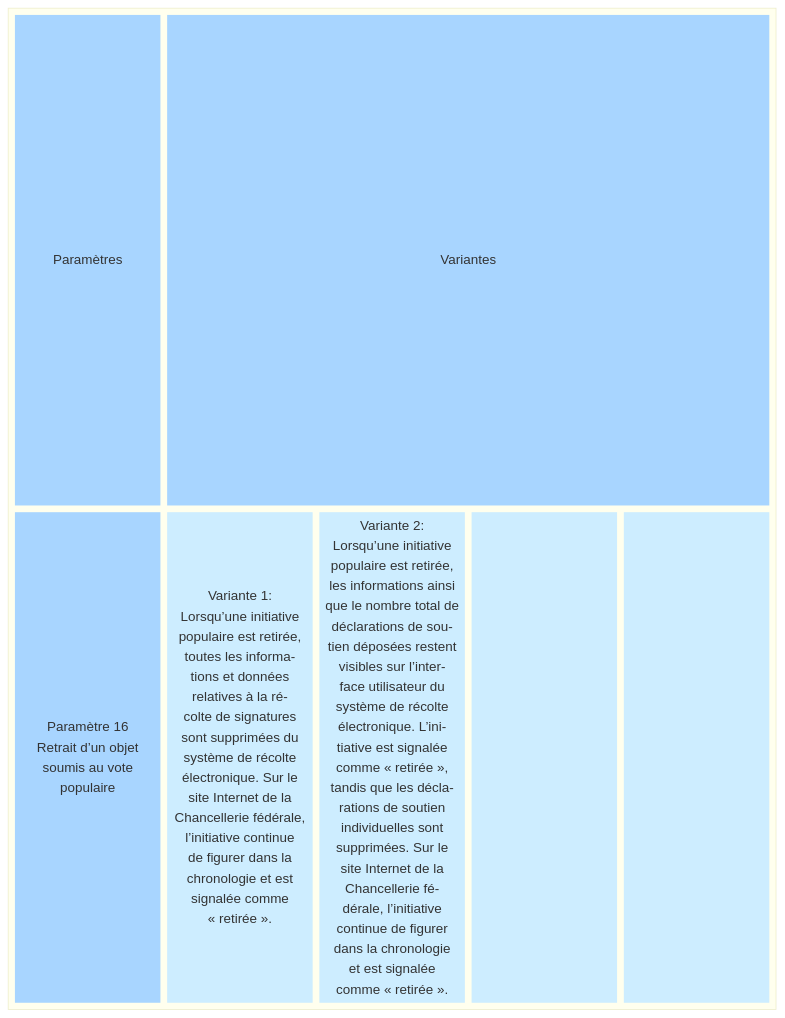
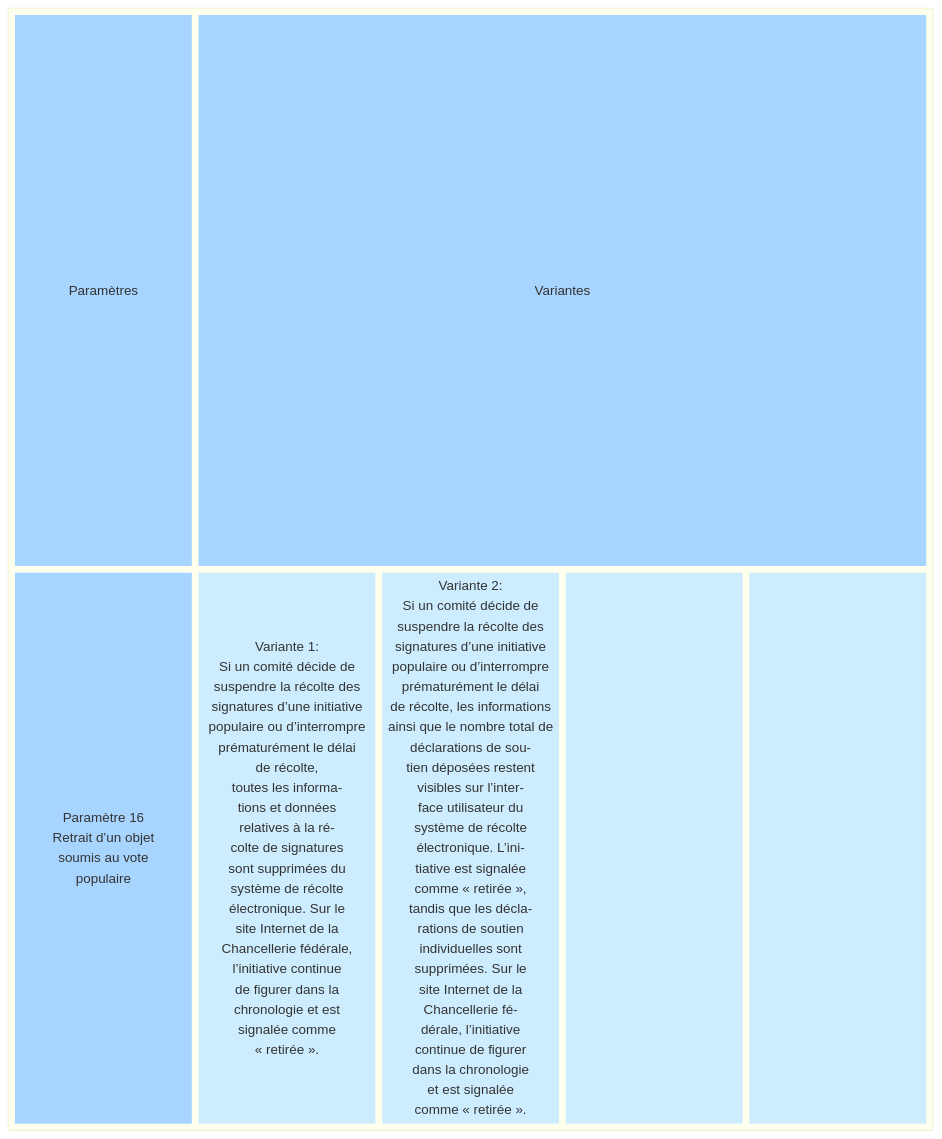
The first of 2 diagrams in docs/morphological-box/parameter-16.md (swiss/e-collecting), drawn with Mermaid before and after one commit. The commit also changed other lines of this file, not shown here.

````diff
--- a/docs/morphological-box/parameter-16.md
+++ b/docs/morphological-box/parameter-16.md
@@ -21,62 +19,69 @@
 ```mermaid
 block
   block
     columns 5
     t1["Paramètres"]
     t2["Variantes"]:4
     d["Paramètre 16
     Retrait d’un objet
     soumis au vote
     populaire"]
     a1["Variante 1:
-    Lorsqu’une initiative
-    populaire est retirée,
+    Si un comité décide de
+    suspendre la récolte des
+    signatures d’une initiative
+    populaire ou d’interrompre
+    prématurément le délai
+    de récolte,
     toutes les informa-
     tions et données 
     relatives à la ré-
     colte de signatures
     sont supprimées du
     système de récolte
     électronique. Sur le
     site Internet de la
     Chancellerie fédérale,
     l’initiative continue
     de figurer dans la
     chronologie et est
     signalée comme 
     « retirée »."]
     a2["Variante 2:
-    Lorsqu’une initiative
-    populaire est retirée,
-    les informations ainsi
-    que le nombre total de
+    Si un comité décide de
+    suspendre la récolte des
+    signatures d’une initiative
+    populaire ou d’interrompre
+    prématurément le délai
+    de récolte, les informations
+    ainsi que le nombre total de
     déclarations de sou-
     tien déposées restent
     visibles sur l’inter-
     face utilisateur du 
     système de récolte 
     électronique. L’ini-
     tiative est signalée
     comme « retirée », 
     tandis que les décla-
     rations de soutien 
     individuelles sont 
     supprimées. Sur le 
     site Internet de la
     Chancellerie fé-
     dérale, l’initiative
     continue de figurer
     dans la chronologie
     et est signalée 
     comme « retirée »."]
     a3["&nbsp;"]
     a4["&nbsp;"]
     style t1 fill:#a8d5ff,stroke-width:0px
     style t2 fill:#a8d5ff,stroke-width:0px
     style d fill:#a8d5ff,stroke-width:0px,text-valign:top
     style a1 fill:#cdedff,stroke-width:0px
     style a2 fill:#cdedff,stroke-width:0px
     style a3 fill:#cdedff,stroke-width:0px
     style a4 fill:#cdedff,stroke-width:0px
   end
 ```
````
